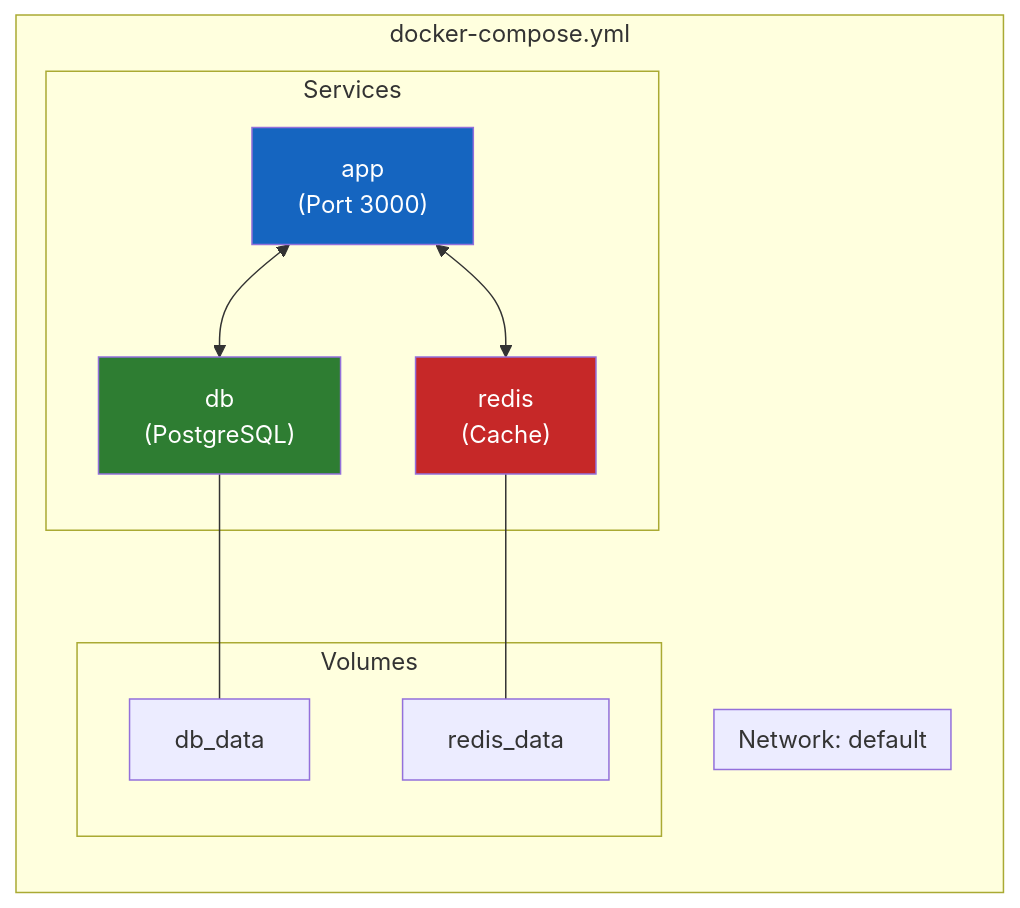
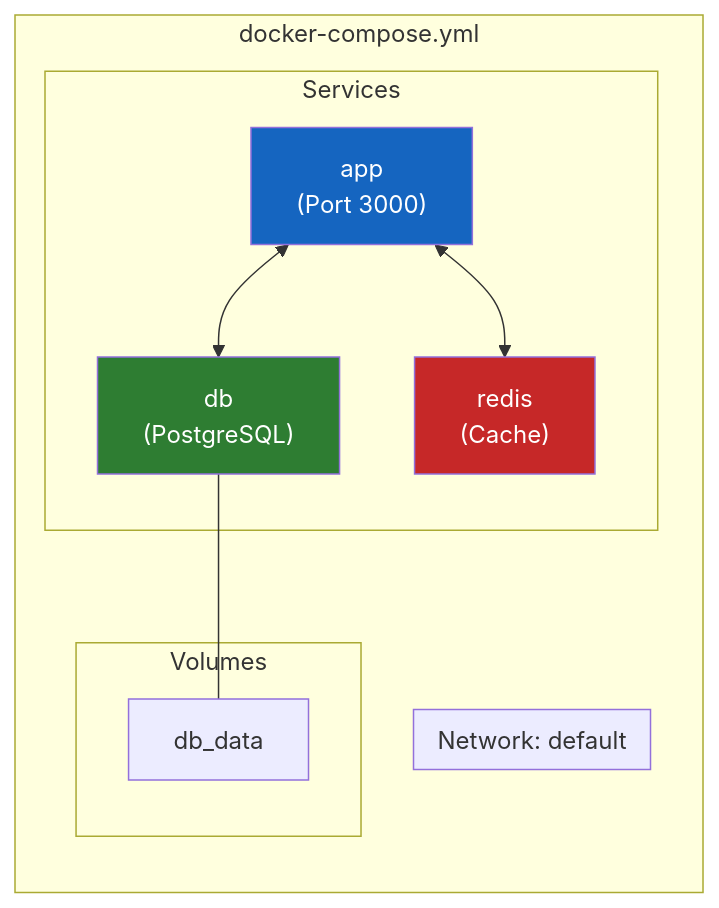
One commit to sskim91/TIL changed the third of 6 diagrams in docker/Dockerfile과-docker-compose의-차이.md. Above: the diagram before and after it, drawn with Mermaid. The commit also changed other lines of this file and 2 other files, not shown here.

````diff
--- a/docker/Dockerfile과-docker-compose의-차이.md
+++ b/docker/Dockerfile과-docker-compose의-차이.md
@@ -229,28 +235,26 @@
 ```mermaid
 flowchart TB
     subgraph compose["docker-compose.yml"]
         direction TB
         subgraph services["Services"]
             app["app<br>(Port 3000)"]
             db["db<br>(PostgreSQL)"]
             redis["redis<br>(Cache)"]
         end
 
         subgraph network["Network: default"]
             app <--> db
             app <--> redis
         end
 
         subgraph volumes["Volumes"]
             v1["db_data"]
-            v2["redis_data"]
         end
 
         db --- v1
-        redis --- v2
     end
 
     style app fill:#1565C0,color:#fff
     style db fill:#2E7D32,color:#fff
     style redis fill:#C62828,color:#fff
 ```
````
